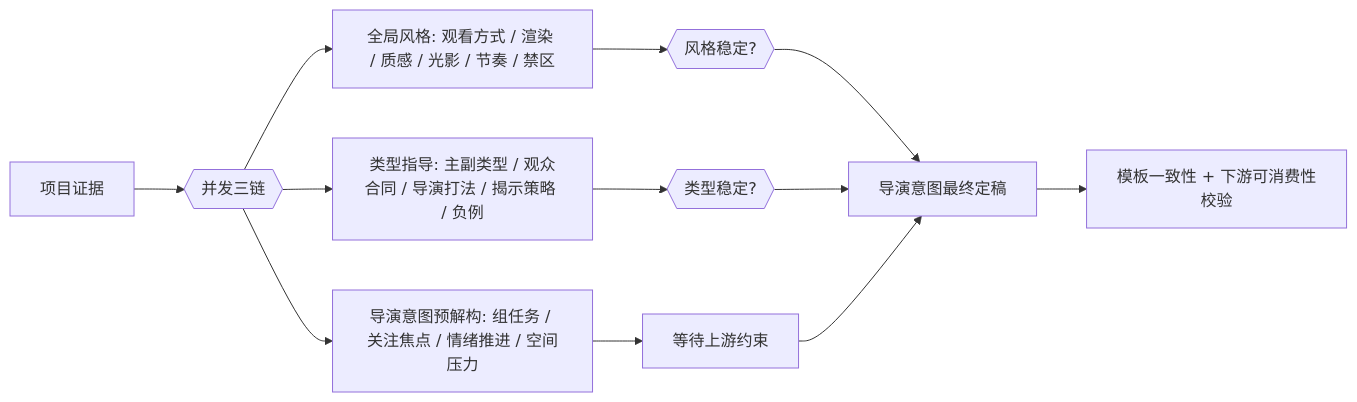
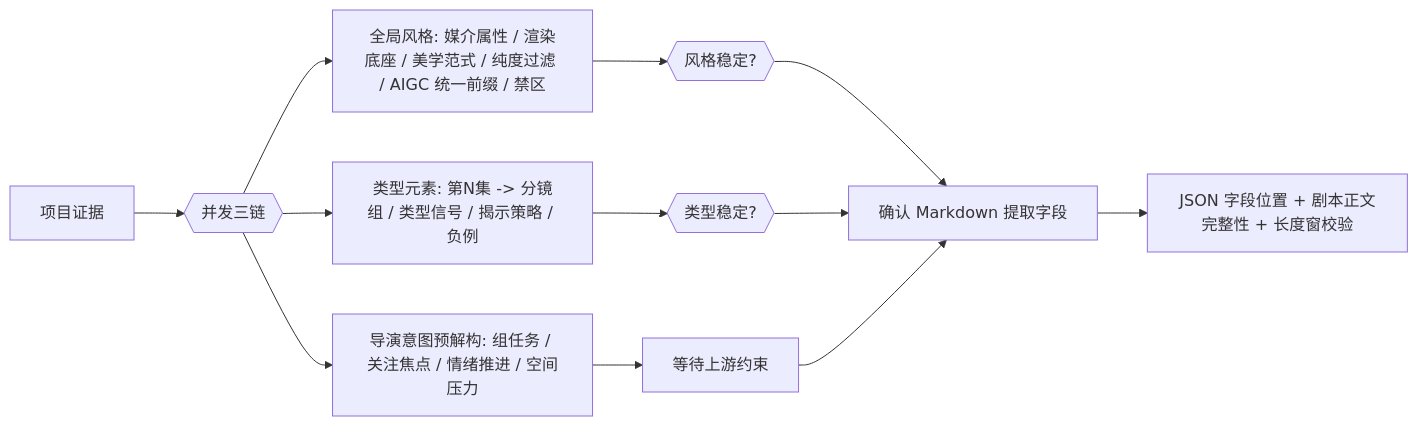
The second of 4 diagrams in .agents/skills/aigc/2-Global/SKILL.md (ZEN-VOID/AI-CUT), drawn with Mermaid before and after one commit. The commit also changed other lines of this file and 259 other files, not shown here.

````diff
--- a/.agents/skills/aigc/2-Global/SKILL.md
+++ b/.agents/skills/aigc/2-Global/SKILL.md
@@ -143,14 +155,14 @@
 ```mermaid
 flowchart LR
     A["项目证据"] --> B{{"并发三链"}}
-    B --> C["全局风格: 观看方式 / 渲染 / 质感 / 光影 / 节奏 / 禁区"]
-    B --> D["类型指导: 主副类型 / 观众合同 / 导演打法 / 揭示策略 / 负例"]
+    B --> C["全局风格: 媒介属性 / 渲染底座 / 美学范式 / 纯度过滤 / AIGC 统一前缀 / 禁区"]
+    B --> D["类型元素: 第N集 -> 分镜组 / 类型信号 / 揭示策略 / 负例"]
     B --> E["导演意图预解构: 组任务 / 关注焦点 / 情绪推进 / 空间压力"]
     C --> F{{"风格稳定?"}}
     D --> G{{"类型稳定?"}}
     E --> H["等待上游约束"]
-    F --> I["导演意图最终定稿"]
+    F --> I["确认 Markdown 提取字段"]
     G --> I
     H --> I
-    I --> J["模板一致性 + 下游可消费性校验"]
+    I --> J["JSON 字段位置 + 剧本正文完整性 + 长度窗校验"]
 ```
````
